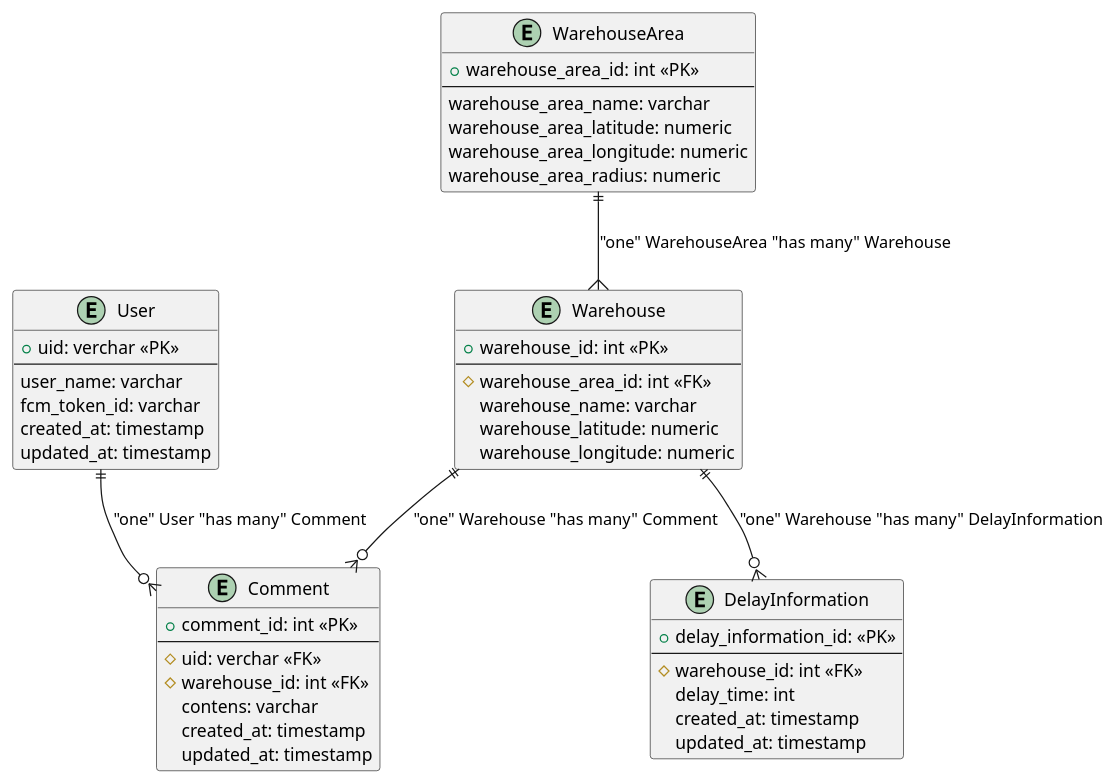
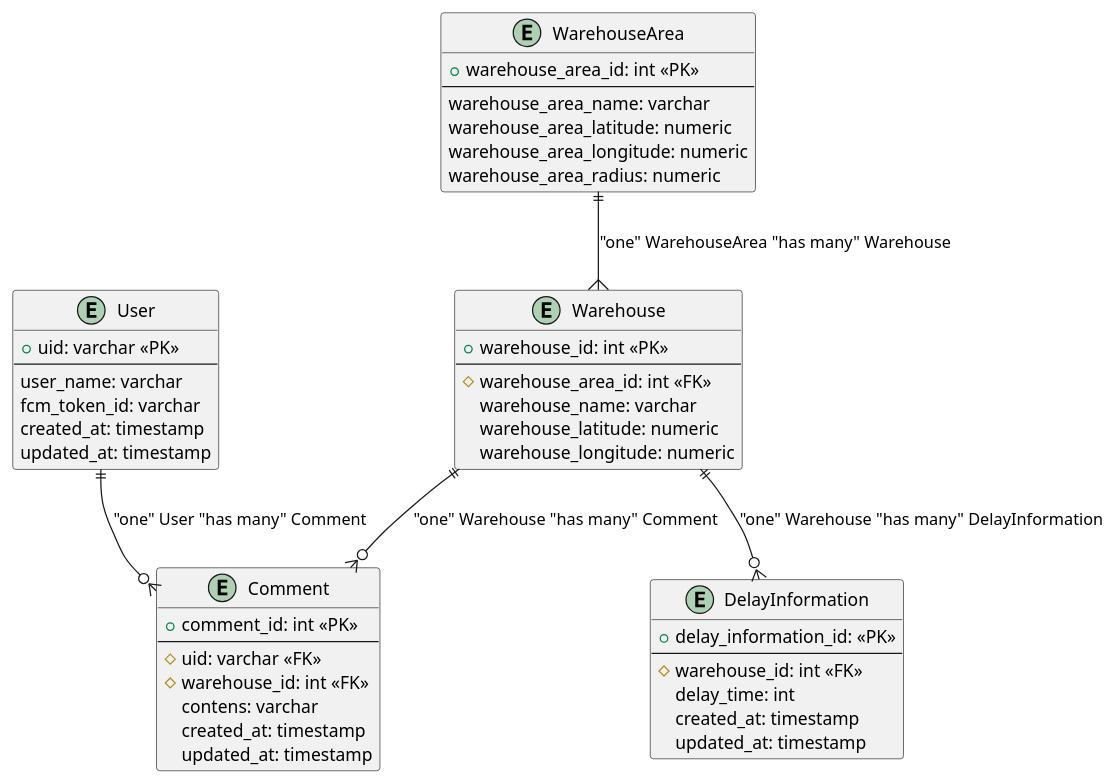
One commit to SEIZENSETSU/fleet-tracker-backend changed the diagram in docs/ER.puml. Above: the diagram before and after it, drawn with PlantUML.

Commit message:
fix: スペルミス

```diff
--- a/docs/ER.puml
+++ b/docs/ER.puml
@@ -1,54 +1,54 @@
 @startuml fleet-tracker
 
 entity User as "User" {
-    + uid: verchar <<PK>>
+    + uid: varchar <<PK>>
     --
     user_name: varchar
     fcm_token_id: varchar
     created_at: timestamp
     updated_at: timestamp
 }
 
 entity WarehouseArea as "WarehouseArea" {
     + warehouse_area_id: int <<PK>>
     --
     warehouse_area_name: varchar
     warehouse_area_latitude: numeric
     warehouse_area_longitude: numeric
     warehouse_area_radius: numeric
 }
 
 entity Warehouse as "Warehouse" {
     + warehouse_id: int <<PK>>
     --
     # warehouse_area_id: int <<FK>>
     warehouse_name: varchar
     warehouse_latitude: numeric
     warehouse_longitude: numeric
 }
 
 entity DelayInformation as "DelayInformation" {
     + delay_information_id: <<PK>>
     --
     # warehouse_id: int <<FK>>
     delay_time: int
     created_at: timestamp
     updated_at: timestamp
 }
 
 entity Comment as "Comment" {
     + comment_id: int <<PK>>
     --
-    # uid: verchar <<FK>>
+    # uid: varchar <<FK>>
     # warehouse_id: int <<FK>>
     contens: varchar
     created_at: timestamp
     updated_at: timestamp
 }
 
 "WarehouseArea" ||--{ "Warehouse" : "one" WarehouseArea "has many" Warehouse
 "Warehouse" ||--o{ "DelayInformation" : "one" Warehouse "has many" DelayInformation
 "User" ||--o{ "Comment" : "one" User "has many" Comment
 "Warehouse" ||--o{ "Comment" : "one" Warehouse "has many" Comment
 
 @enduml
```
